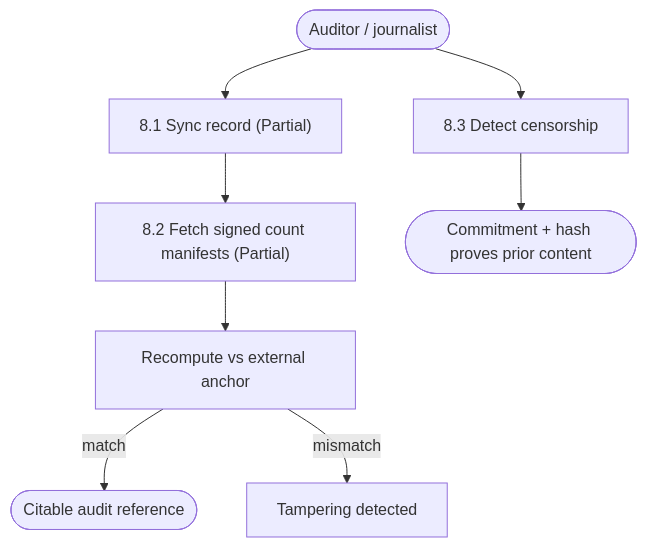
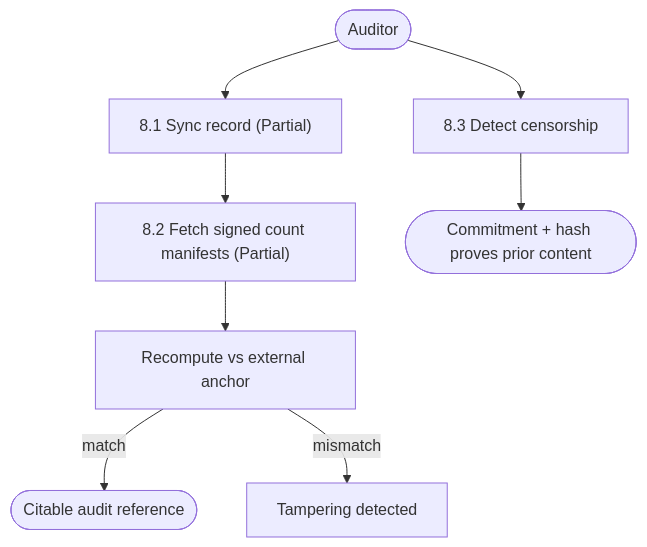
The ninth of 9 diagrams in docs/11-USER-FLOWS.md (oursay/oursay), drawn with Mermaid before and after one commit. The commit also changed other lines of this file and 25 other files, not shown here.

````diff
--- a/docs/11-USER-FLOWS.md
+++ b/docs/11-USER-FLOWS.md
@@ -638,10 +639,10 @@
 ```mermaid
 flowchart TD
-  AUD(["Auditor / journalist"]) --> SYNC["8.1 Sync record (Partial)"]
+  AUD(["Auditor"]) --> SYNC["8.1 Sync record (Partial)"]
   SYNC --> MAN["8.2 Fetch signed count manifests (Partial)"]
   MAN --> CHK["Recompute vs external anchor"]
   CHK -->|"match"| TRUST(["Citable audit reference"])
   CHK -->|"mismatch"| TAMP["Tampering detected"]
   AUD --> CENS["8.3 Detect censorship"]
   CENS --> PROOF(["Commitment + hash proves prior content"])
 ```
````
